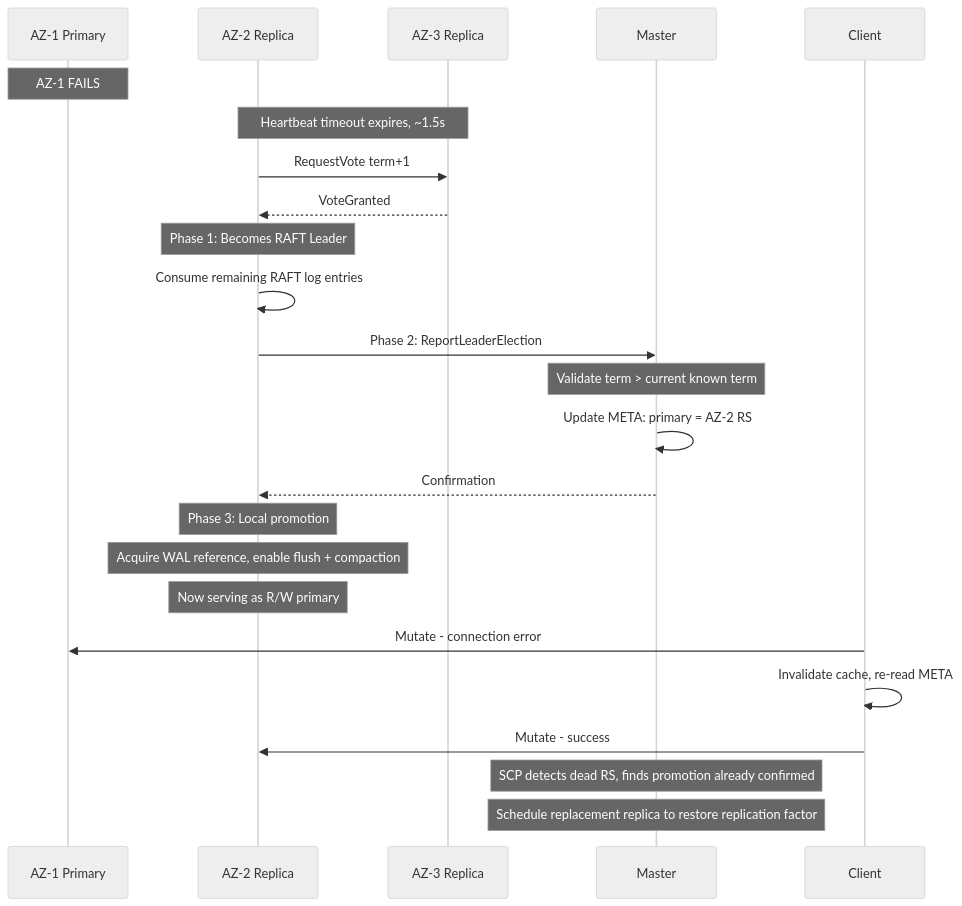
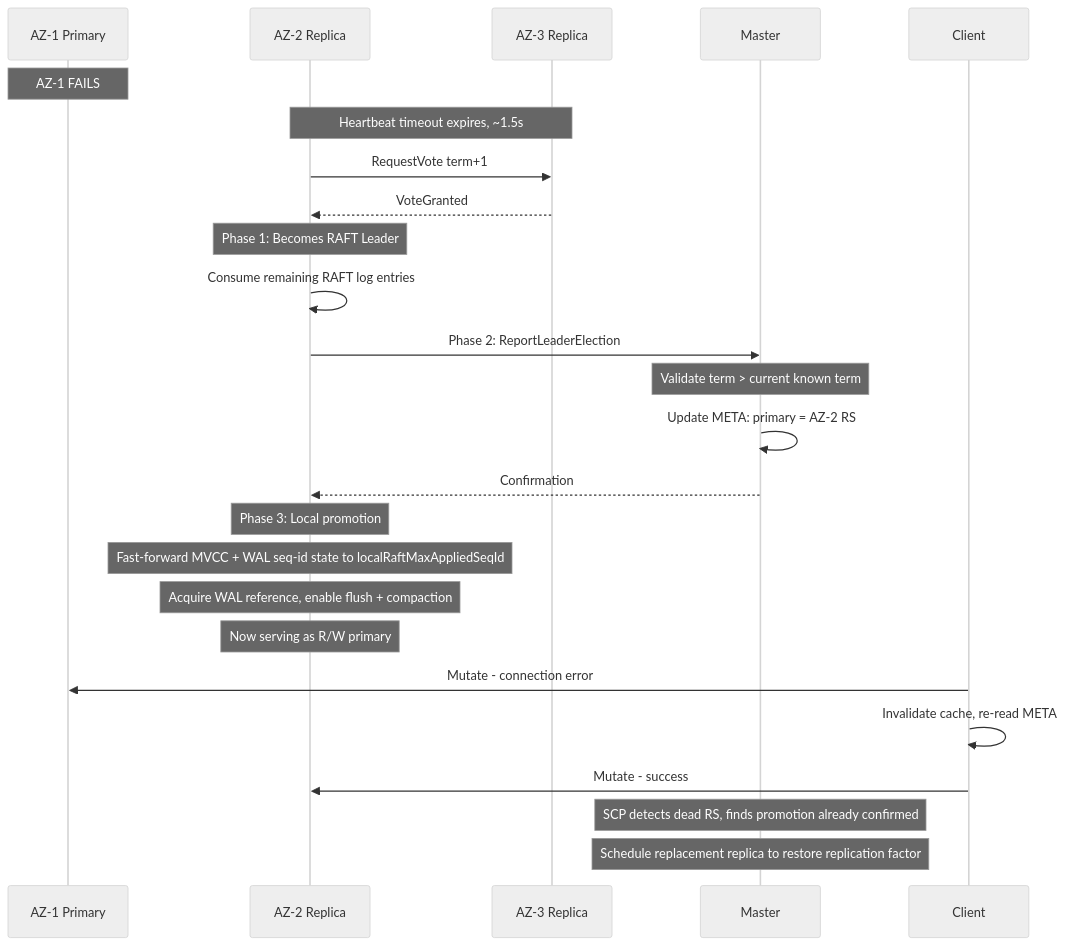
Before and after one commit to apurtell/hbase: diagram 12 of 17 in RAFT_REGION_REPLICAS.md, drawn with Mermaid (neutral theme). The commit also changed other lines of this file and 17 other files, not shown here.

````diff
--- a/RAFT_REGION_REPLICAS.md
+++ b/RAFT_REGION_REPLICAS.md
@@ -926,34 +966,35 @@
 ```mermaid
 sequenceDiagram
     participant AZ1 as AZ-1 Primary
     participant AZ2 as AZ-2 Replica
     participant AZ3 as AZ-3 Replica
     participant M as Master
     participant C as Client
 
     Note over AZ1: AZ-1 FAILS
 
     Note over AZ2,AZ3: Heartbeat timeout expires, ~1.5s
 
     AZ2->>AZ3: RequestVote term+1
     AZ3-->>AZ2: VoteGranted
 
     Note over AZ2: Phase 1: Becomes RAFT Leader
     AZ2->>AZ2: Consume remaining RAFT log entries
 
     AZ2->>M: Phase 2: ReportLeaderElection
     Note over M: Validate term > current known term
     M->>M: Update META: primary = AZ-2 RS
     M-->>AZ2: Confirmation
 
     Note over AZ2: Phase 3: Local promotion
+    Note over AZ2: Fast-forward MVCC + WAL seq-id state to localRaftMaxAppliedSeqId
     Note over AZ2: Acquire WAL reference, enable flush + compaction
     Note over AZ2: Now serving as R/W primary
 
     C->>AZ1: Mutate - connection error
     C->>C: Invalidate cache, re-read META
     C->>AZ2: Mutate - success
 
     Note over M: SCP detects dead RS, finds promotion already confirmed
     Note over M: Schedule replacement replica to restore replication factor
 ```
````
